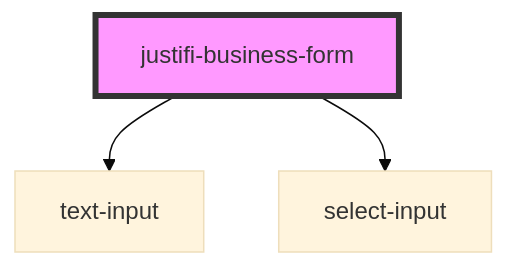
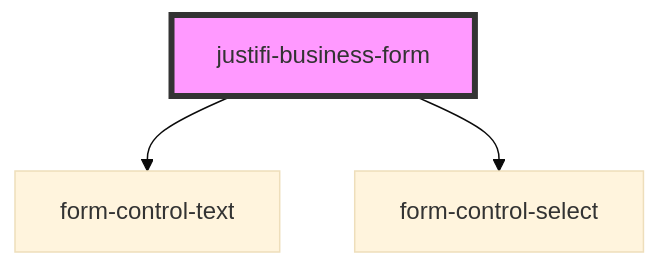
One commit to justifi-tech/web-component-library changed the diagram in stencil-library/src/components/business-form/readme.md. Above: the diagram before and after it, drawn with Mermaid (base theme). The commit also changed other lines of this file and 16 other files, not shown here.

````diff
--- a/stencil-library/src/components/business-form/readme.md
+++ b/stencil-library/src/components/business-form/readme.md
@@ -37,6 +37,6 @@
 ```mermaid
 graph TD;
-  justifi-business-form --> text-input
-  justifi-business-form --> select-input
+  justifi-business-form --> form-control-text
+  justifi-business-form --> form-control-select
   style justifi-business-form fill:#f9f,stroke:#333,stroke-width:4px
 ```
````
